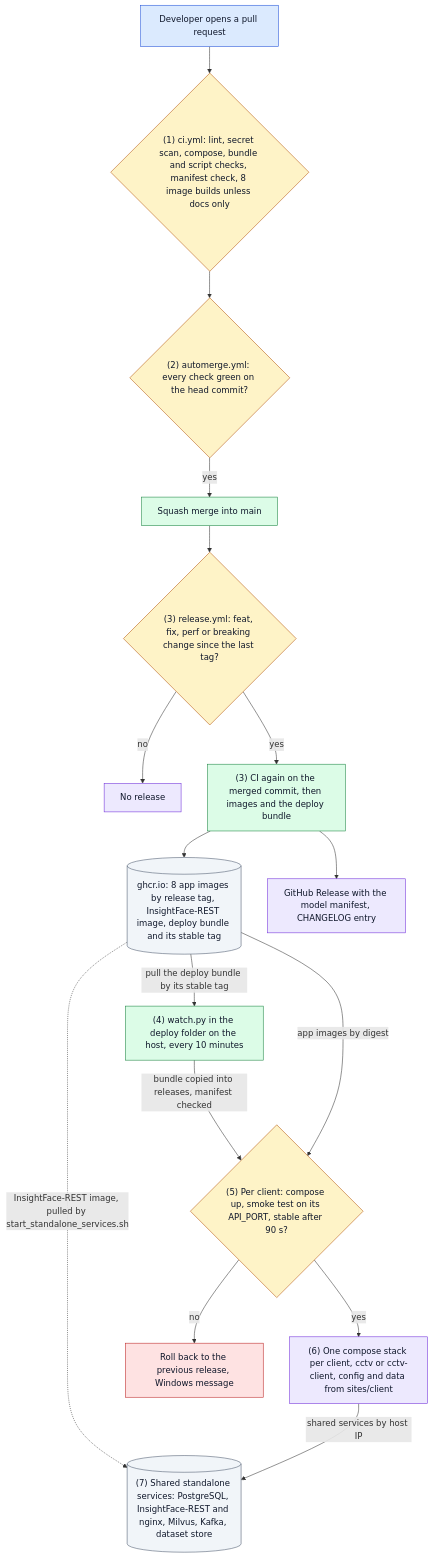
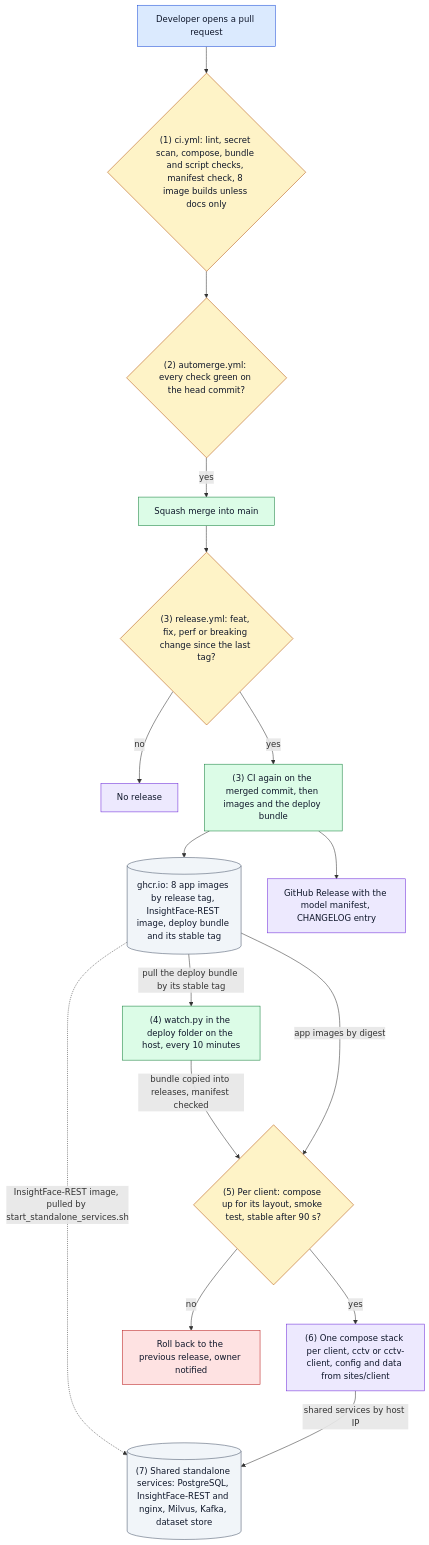
The second of 2 diagrams in README.md (hamza-aziz-ai/CCTV-Face-Recognition-Attendance-System), drawn with Mermaid before and after one commit. The commit also changed other lines of this file, not shown here.

First line of the commit message:
docs: give the README an enterprise layout: overview, measured results, website, deployment options, folded detail [skip ci]

````diff
--- a/README.md
+++ b/README.md
@@ -89,38 +155,38 @@
 ```mermaid
 flowchart TB
     DEV["`Developer opens a pull request`"]:::entry
     CI{"`(1) ci.yml: lint, secret scan, compose, bundle and script checks, manifest check, 8 image builds unless docs only`"}:::decision
     AM{"`(2) automerge.yml: every check green on the head commit?`"}:::decision
     MAIN["`Squash merge into main`"]:::step
     REL{"`(3) release.yml: feat, fix, perf or breaking change since the last tag?`"}:::decision
     NOREL["`No release`"]:::outcome
     BUILD["`(3) CI again on the merged commit, then images and the deploy bundle`"]:::step
     GHCR[("`ghcr.io: 8 app images by release tag, InsightFace-REST image, deploy bundle and its stable tag`")]:::store
     GHR["`GitHub Release with the model manifest, CHANGELOG entry`"]:::outcome
     W["`(4) watch.py in the deploy folder on the host, every 10 minutes`"]:::step
-    WD{"`(5) Per client: compose up, smoke test on its API_PORT, stable after 90 s?`"}:::decision
+    WD{"`(5) Per client: compose up for its layout, smoke test, stable after 90 s?`"}:::decision
     STACK["`(6) One compose stack per client, cctv or cctv-client, config and data from sites/client`"]:::outcome
-    RB["`Roll back to the previous release, Windows message`"]:::error
+    RB["`Roll back to the previous release, owner notified`"]:::error
     SA[("`(7) Shared standalone services: PostgreSQL, InsightFace-REST and nginx, Milvus, Kafka, dataset store`")]:::store
 
     DEV --> CI --> AM
     AM -->|"`yes`"| MAIN --> REL
     REL -->|"`no`"| NOREL
     REL -->|"`yes`"| BUILD
     BUILD --> GHCR
     BUILD --> GHR
     GHCR -->|"`pull the deploy bundle by its stable tag`"| W
     W -->|"`bundle copied into releases, manifest checked`"| WD
     GHCR -->|"`app images by digest`"| WD
     WD -->|"`yes`"| STACK
     WD -->|"`no`"| RB
     GHCR -.->|"`InsightFace-REST image, pulled by start_standalone_services.sh`"| SA
     STACK -->|"`shared services by host IP`"| SA
 
     classDef entry fill:#dbeafe,stroke:#1d4ed8,color:#0f172a
     classDef step fill:#dcfce7,stroke:#15803d,color:#0f172a
     classDef decision fill:#fef3c7,stroke:#b45309,color:#0f172a
     classDef outcome fill:#ede9fe,stroke:#6d28d9,color:#0f172a
     classDef error fill:#fee2e2,stroke:#b91c1c,color:#0f172a
     classDef store fill:#f1f5f9,stroke:#475569,color:#0f172a
 ```
````
